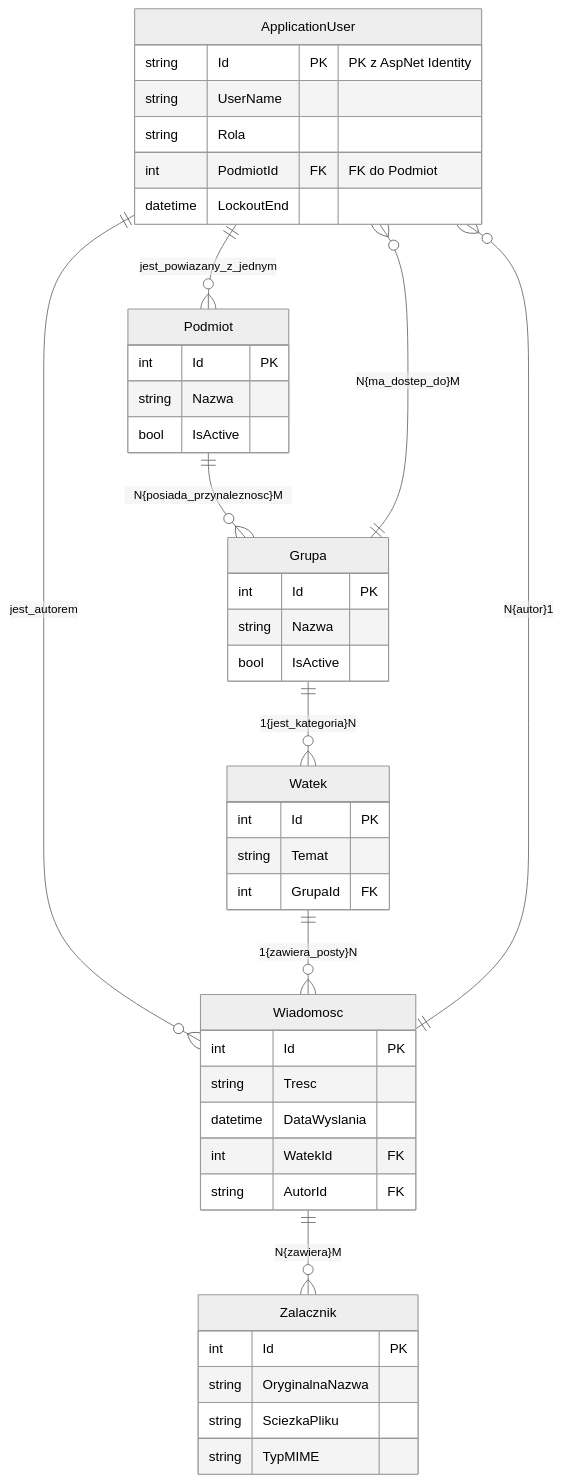
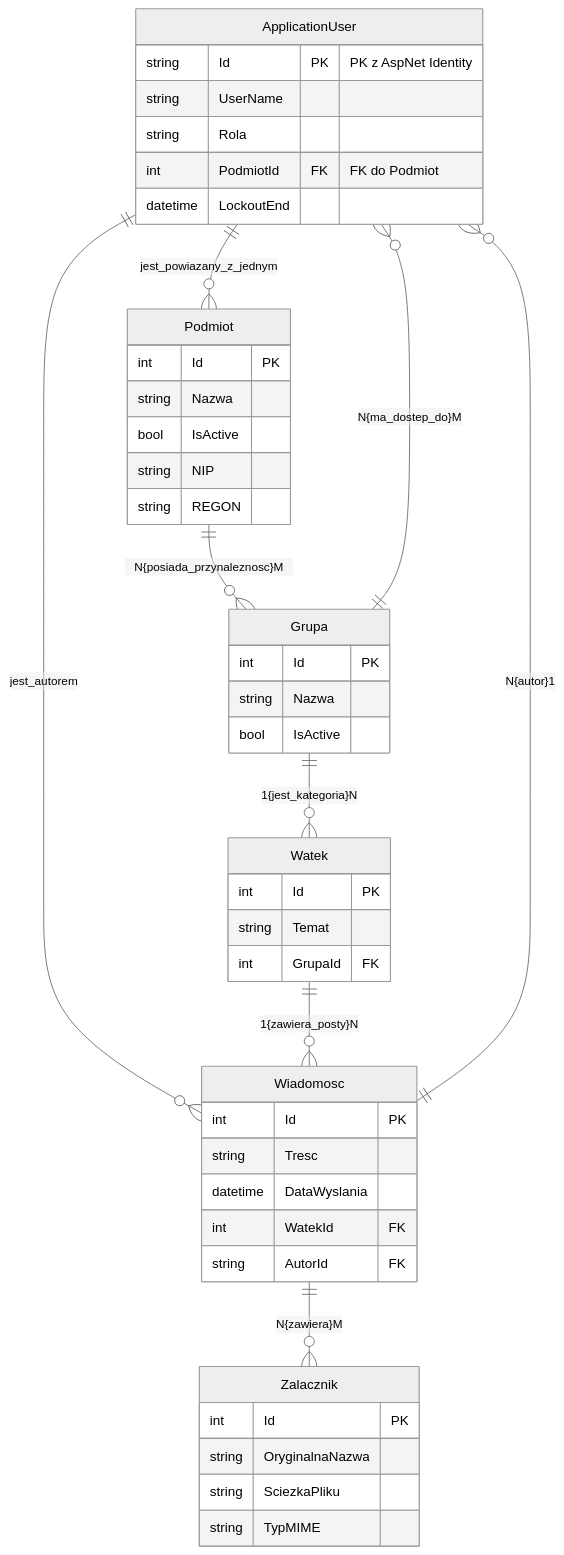
Before and after one commit to JakubLewosz/Praktyki_Projekt_Grupa: the diagram in README.md, drawn with Mermaid (neutral theme).

````diff
--- a/README.md
+++ b/README.md
@@ -132,54 +132,56 @@
 ```mermaid
 erDiagram
     %% RELACJE
     ApplicationUser ||--o{ Podmiot : "jest_powiazany_z_jednym"
     ApplicationUser ||--o{ Wiadomosc : "jest_autorem"
     Podmiot ||--o{ Grupa : "N{posiada_przynaleznosc}M"
     Grupa ||--o{ Watek : "1{jest_kategoria}N"
     Watek ||--o{ Wiadomosc : "1{zawiera_posty}N"
     Wiadomosc ||--o{ ApplicationUser : "N{autor}1"
     Wiadomosc ||--o{ Zalacznik : "N{zawiera}M"
     Grupa ||--o{ ApplicationUser : "N{ma_dostep_do}M"
     
     %% DEFINICJA TABEL
     ApplicationUser {
         string Id PK "PK z AspNet Identity"
         string UserName
         string Rola
         int PodmiotId FK "FK do Podmiot"
         datetime LockoutEnd
     }
     
     Podmiot {
         int Id PK
         string Nazwa
         bool IsActive
+        string NIP         
+        string REGON       
     }
 
     Grupa {
         int Id PK
         string Nazwa
         bool IsActive
     }
 
     Watek {
         int Id PK
         string Temat
         int GrupaId FK
     }
 
     Wiadomosc {
         int Id PK
         string Tresc
         datetime DataWyslania
         int WatekId FK
         string AutorId FK
     }
 
     Zalacznik {
         int Id PK
         string OryginalnaNazwa
         string SciezkaPliku
         string TypMIME
     }
 ```
````
